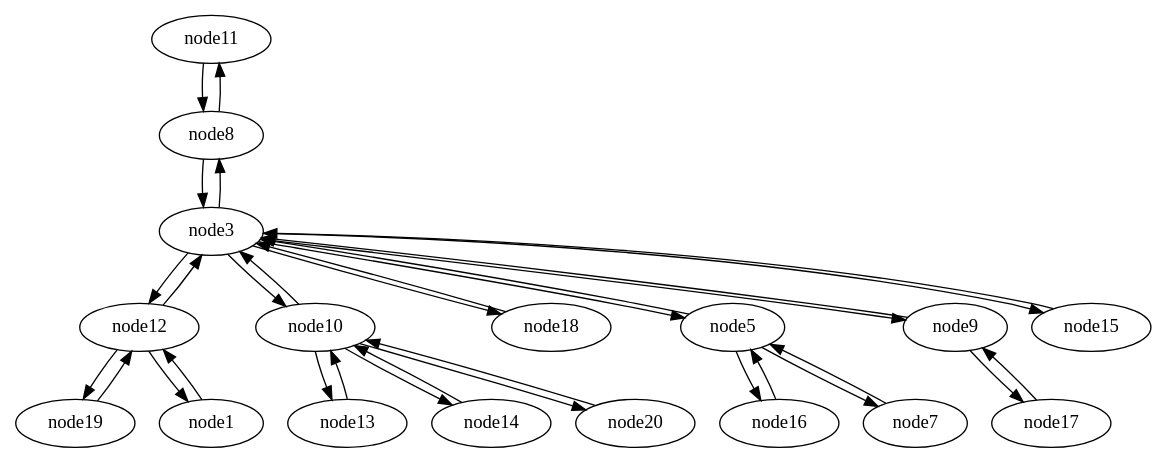
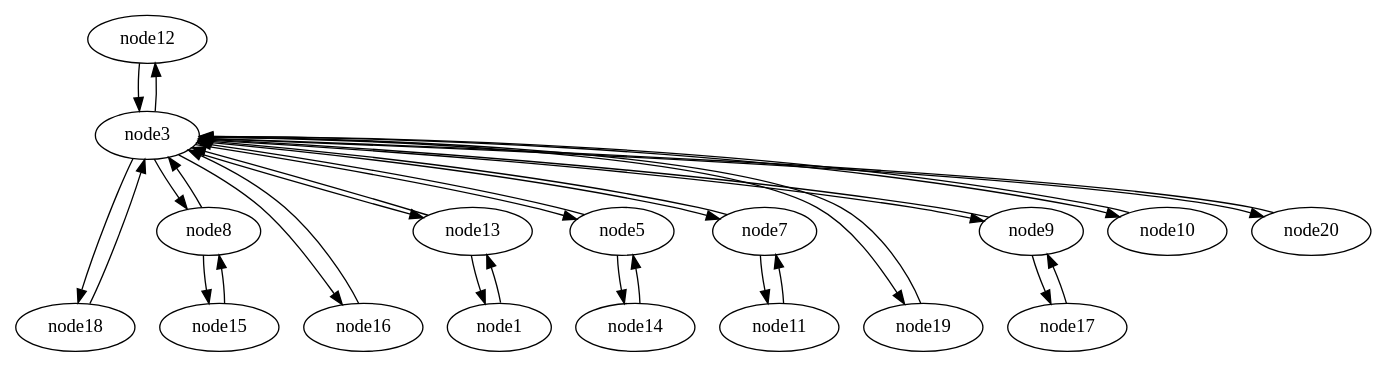
Before and after one commit to c12s/plumtree: the diagram in graphs/tree_t2_after.gv, drawn with Graphviz. The commit also changed 10 other files, not shown here.

```diff
--- a/graphs/tree_t2_after.gv
+++ b/graphs/tree_t2_after.gv
@@ -1,102 +1,102 @@
 strict digraph {
 
 
-	"node11" [  weight=0 ];
-
-	"node11" -> "node8" [  weight=0 ];
-
 	"node12" [  weight=0 ];
 
-	"node12" -> "node19" [  weight=0 ];
-
-	"node12" -> "node1" [  weight=0 ];
-
 	"node12" -> "node3" [  weight=0 ];
-
-	"node13" [  weight=0 ];
-
-	"node13" -> "node10" [  weight=0 ];
-
-	"node14" [  weight=0 ];
-
-	"node14" -> "node10" [  weight=0 ];
-
-	"node10" [  weight=0 ];
-
-	"node10" -> "node20" [  weight=0 ];
-
-	"node10" -> "node3" [  weight=0 ];
-
-	"node10" -> "node13" [  weight=0 ];
-
-	"node10" -> "node14" [  weight=0 ];
-
-	"node3" [  weight=0 ];
-
-	"node3" -> "node18" [  weight=0 ];
-
-	"node3" -> "node5" [  weight=0 ];
-
-	"node3" -> "node8" [  weight=0 ];
-
-	"node3" -> "node9" [  weight=0 ];
-
-	"node3" -> "node10" [  weight=0 ];
-
-	"node3" -> "node12" [  weight=0 ];
-
-	"node3" -> "node15" [  weight=0 ];
-
-	"node15" [  weight=0 ];
-
-	"node15" -> "node3" [  weight=0 ];
-
-	"node19" [  weight=0 ];
-
-	"node19" -> "node12" [  weight=0 ];
-
-	"node17" [  weight=0 ];
-
-	"node17" -> "node9" [  weight=0 ];
 
 	"node18" [  weight=0 ];
 
 	"node18" -> "node3" [  weight=0 ];
 
+	"node8" [  weight=0 ];
+
+	"node8" -> "node3" [  weight=0 ];
+
+	"node8" -> "node15" [  weight=0 ];
+
 	"node16" [  weight=0 ];
 
-	"node16" -> "node5" [  weight=0 ];
+	"node16" -> "node3" [  weight=0 ];
 
-	"node1" [  weight=0 ];
+	"node13" [  weight=0 ];
 
-	"node1" -> "node12" [  weight=0 ];
+	"node13" -> "node1" [  weight=0 ];
 
-	"node20" [  weight=0 ];
-
-	"node20" -> "node10" [  weight=0 ];
+	"node13" -> "node3" [  weight=0 ];
 
 	"node5" [  weight=0 ];
 
+	"node5" -> "node14" [  weight=0 ];
+
 	"node5" -> "node3" [  weight=0 ];
 
-	"node5" -> "node7" [  weight=0 ];
+	"node14" [  weight=0 ];
 
-	"node5" -> "node16" [  weight=0 ];
-
-	"node8" [  weight=0 ];
-
-	"node8" -> "node11" [  weight=0 ];
-
-	"node8" -> "node3" [  weight=0 ];
+	"node14" -> "node5" [  weight=0 ];
 
 	"node7" [  weight=0 ];
 
-	"node7" -> "node5" [  weight=0 ];
+	"node7" -> "node3" [  weight=0 ];
+
+	"node7" -> "node11" [  weight=0 ];
+
+	"node19" [  weight=0 ];
+
+	"node19" -> "node3" [  weight=0 ];
 
 	"node9" [  weight=0 ];
 
 	"node9" -> "node3" [  weight=0 ];
 
 	"node9" -> "node17" [  weight=0 ];
 
+	"node10" [  weight=0 ];
+
+	"node10" -> "node3" [  weight=0 ];
+
+	"node15" [  weight=0 ];
+
+	"node15" -> "node8" [  weight=0 ];
+
+	"node20" [  weight=0 ];
+
+	"node20" -> "node3" [  weight=0 ];
+
+	"node3" [  weight=0 ];
+
+	"node3" -> "node16" [  weight=0 ];
+
+	"node3" -> "node18" [  weight=0 ];
+
+	"node3" -> "node19" [  weight=0 ];
+
+	"node3" -> "node7" [  weight=0 ];
+
+	"node3" -> "node12" [  weight=0 ];
+
+	"node3" -> "node9" [  weight=0 ];
+
+	"node3" -> "node20" [  weight=0 ];
+
+	"node3" -> "node8" [  weight=0 ];
+
+	"node3" -> "node13" [  weight=0 ];
+
+	"node3" -> "node5" [  weight=0 ];
+
+	"node3" -> "node10" [  weight=0 ];
+
+	"node1" [  weight=0 ];
+
+	"node1" -> "node13" [  weight=0 ];
+
+	"node11" [  weight=0 ];
+
+	"node11" -> "node7" [  weight=0 ];
+
+	"node17" [  weight=0 ];
+
+	"node17" -> "node9" [  weight=0 ];
+
 }
```
